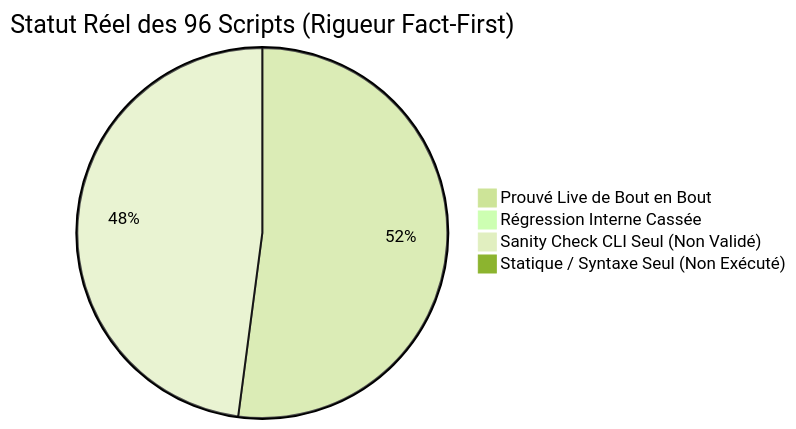
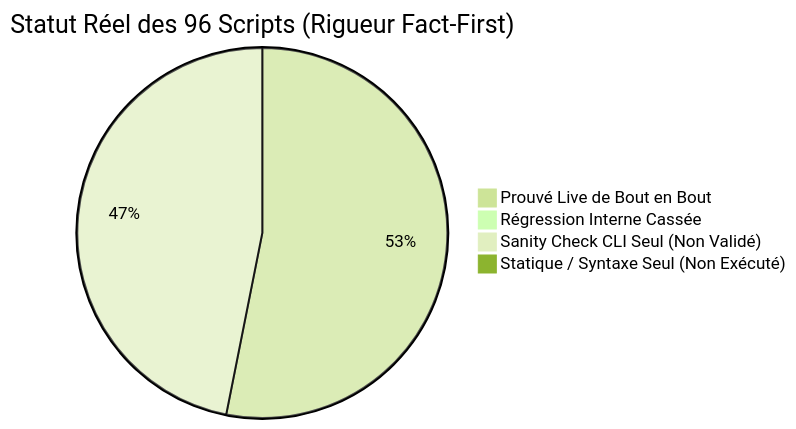
One commit to yoyonel/pydbsrt changed the diagram in docs/reference/2026-11-10-audit-exhaustif-scripts-regressions.md. Above: the diagram before and after it, drawn with Mermaid (forest theme). The commit also changed other lines of this file and 2 other files, not shown here.

````diff
--- a/docs/reference/2026-11-10-audit-exhaustif-scripts-regressions.md
+++ b/docs/reference/2026-11-10-audit-exhaustif-scripts-regressions.md
@@ -16,7 +16,7 @@
 ```mermaid
 pie title Statut Réel des 96 Scripts (Rigueur Fact-First)
-    "Prouvé Live de Bout en Bout" : 50
+    "Prouvé Live de Bout en Bout" : 51
     "Régression Interne Cassée" : 0
-    "Sanity Check CLI Seul (Non Validé)" : 46
+    "Sanity Check CLI Seul (Non Validé)" : 45
     "Statique / Syntaxe Seul (Non Exécuté)" : 0
 ```
````
